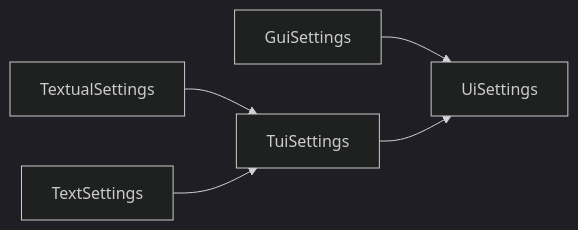
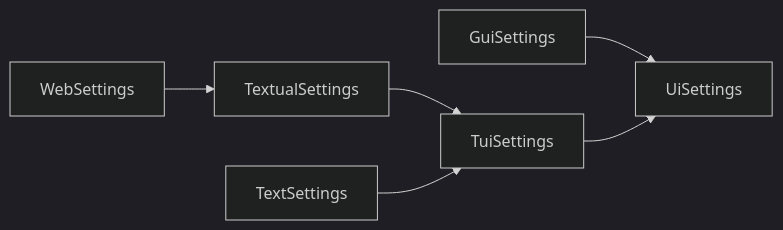
One commit to CZ-NIC/mininterface changed the diagram in docs/Settings.md. Above: the diagram before and after it, drawn with Mermaid (dark theme). The commit also changed other lines of this file and 16 other files, not shown here.

Commit message:
docs: improve wording and fix typos - add missing content (Dialogs page, with-statement, WebSettings) - state the settings class for every interface, remove ReplInterface - fix outdated CLI page, broken links, bundle table

````diff
--- a/docs/Settings.md
+++ b/docs/Settings.md
@@ -78,7 +78,8 @@
 ```mermaid
 graph LR
 GuiSettings --> UiSettings
 TuiSettings  --> UiSettings
 TextualSettings --> TuiSettings
 TextSettings --> TuiSettings
+WebSettings --> TextualSettings
 ```
````
